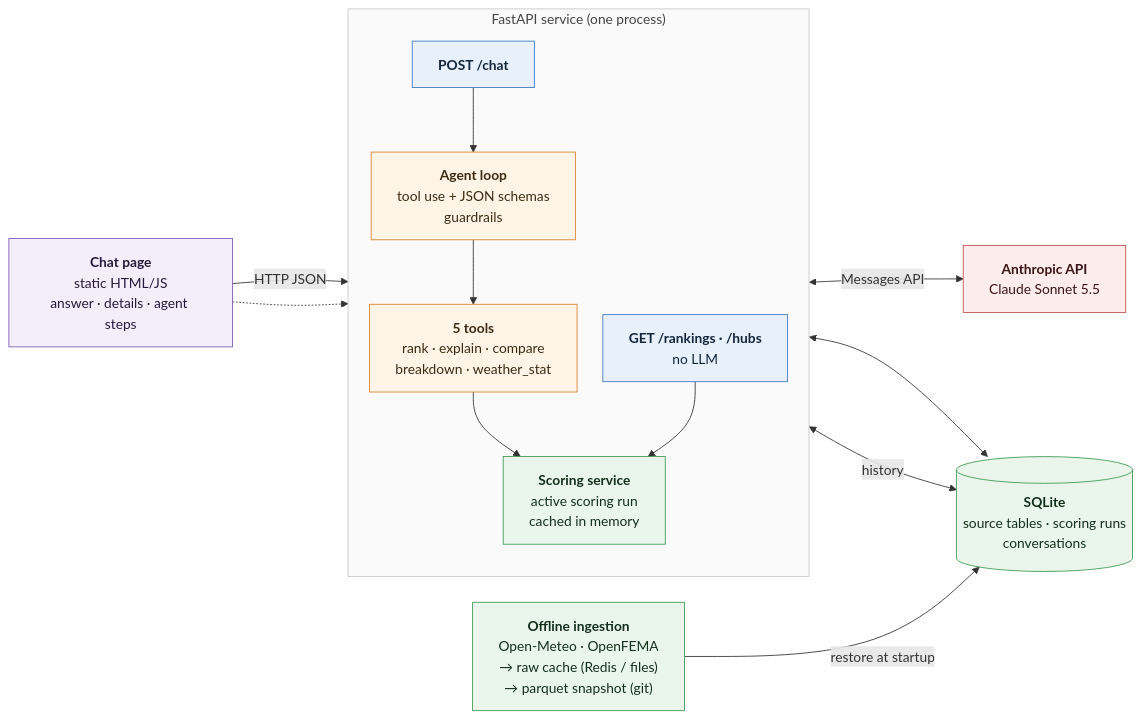
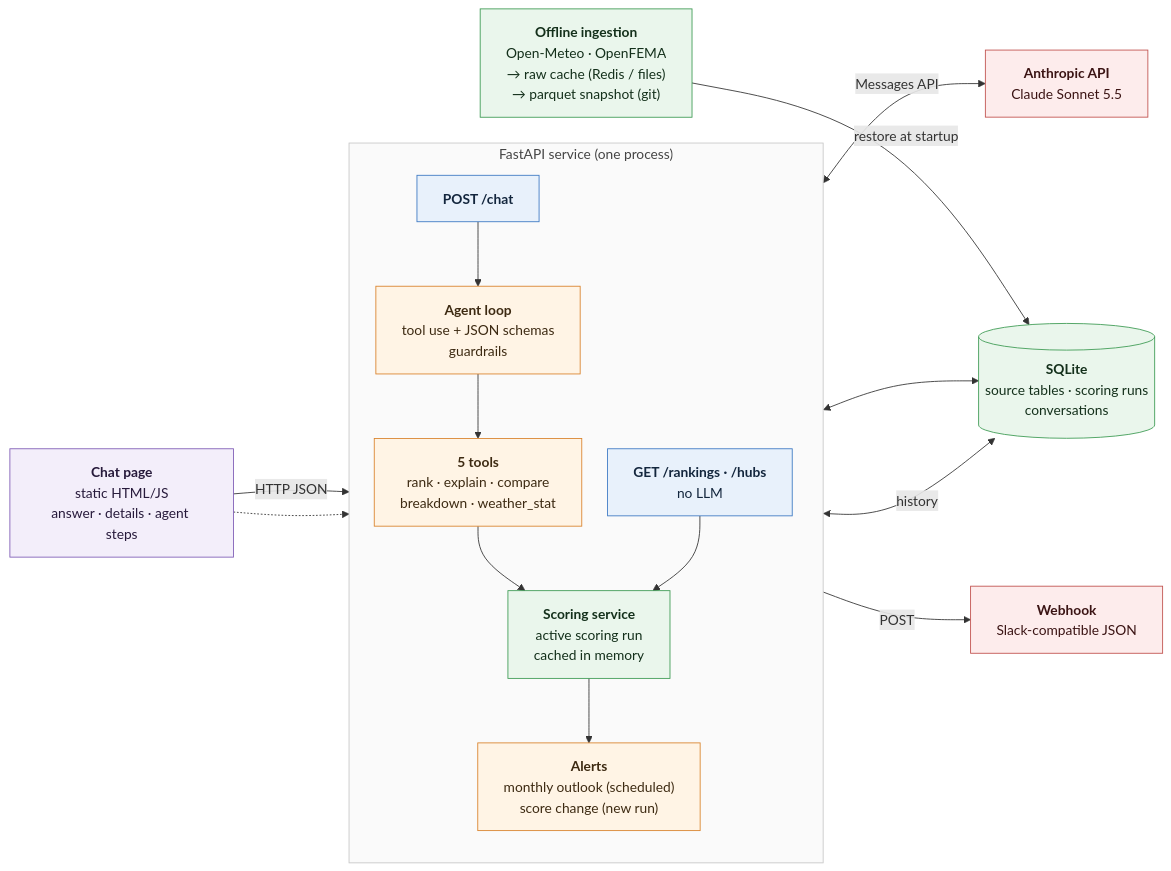
Before and after one commit to Omer212111/Home-assignment-Moveo: the diagram in README.md, drawn with Mermaid. The commit also changed other lines of this file and 16 other files, not shown here.

First line of the commit message:
Alerts: monthly risk outlook digest and score-change alerts, webhook delivery through an outbox; concurrency fixes (serialised run activation, re-check under lock, atomic claim with lease, WAL, atomic cache swap)

````diff
--- a/README.md
+++ b/README.md
@@ -22,46 +22,52 @@
 ```mermaid
 ---
 config:
   flowchart:
     curve: basis
     nodeSpacing: 30
     rankSpacing: 50
 ---
 flowchart LR
     UI["<b>Chat page</b><br/>static HTML/JS<br/>answer · details · agent steps"]
 
     subgraph SVC["FastAPI service (one process)"]
         direction TB
         CHAT["<b>POST /chat</b>"]
         AGENT["<b>Agent loop</b><br/>tool use + JSON schemas<br/>guardrails"]
         TOOLS["<b>5 tools</b><br/>rank · explain · compare<br/>breakdown · weather_stat"]
         ENG["<b>Scoring service</b><br/>active scoring run<br/>cached in memory"]
         REST["<b>GET /rankings · /hubs</b><br/>no LLM"]
+        ALERT["<b>Alerts</b><br/>monthly outlook (scheduled)<br/>score change (new run)"]
         CHAT --> AGENT --> TOOLS --> ENG
         REST --> ENG
+        ENG --> ALERT
     end
 
     CLAUDE["<b>Anthropic API</b><br/>Claude Sonnet 5.5"]
     DB[("<b>SQLite</b><br/>source tables · scoring runs<br/>conversations")]
     BATCH["<b>Offline ingestion</b><br/>Open-Meteo · OpenFEMA<br/>→ raw cache (Redis / files)<br/>→ parquet snapshot (git)"]
 
     UI -- "HTTP JSON" --> CHAT
     UI -.-> REST
     AGENT <-- "Messages API" --> CLAUDE
     ENG <--> DB
     CHAT <-- "history" --> DB
     BATCH -- "restore at startup" --> DB
+    HOOK["<b>Webhook</b><br/>Slack-compatible JSON"]
+    ALERT -- "POST" --> HOOK
 
     classDef client fill:#f3eefa,stroke:#7d5bb5,color:#271a3b
     classDef api fill:#e8f1fb,stroke:#3b78c3,color:#13263d
     classDef agent fill:#fff4e5,stroke:#d9822b,color:#3d2a12
     classDef llm fill:#fdecec,stroke:#c0504d,color:#3b1414
     classDef eng fill:#eaf6ec,stroke:#3c9a52,color:#14301b
     classDef group fill:#fafafa,stroke:#c8c8c8,color:#444
     class UI client
     class CHAT,REST api
     class AGENT,TOOLS agent
+    class ALERT agent
+    class HOOK llm
     class CLAUDE llm
     class ENG,DB,BATCH eng
     class SVC group
 ```
````
